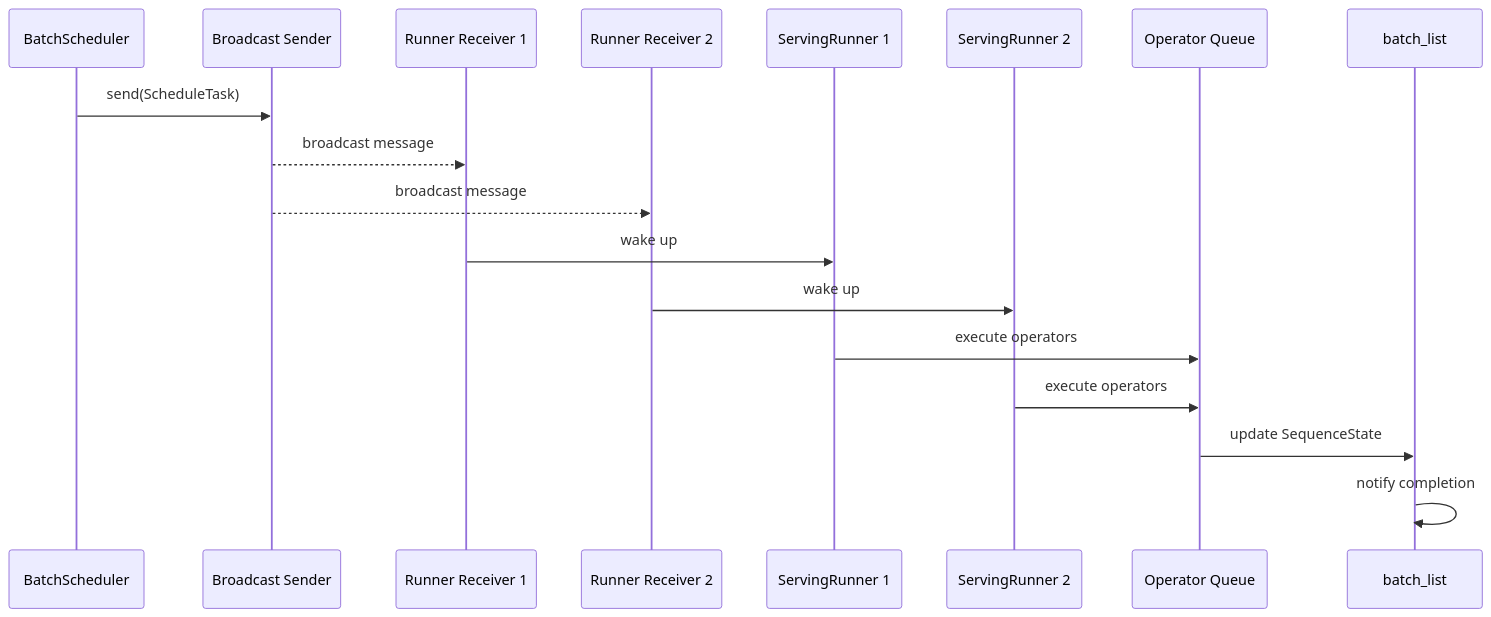
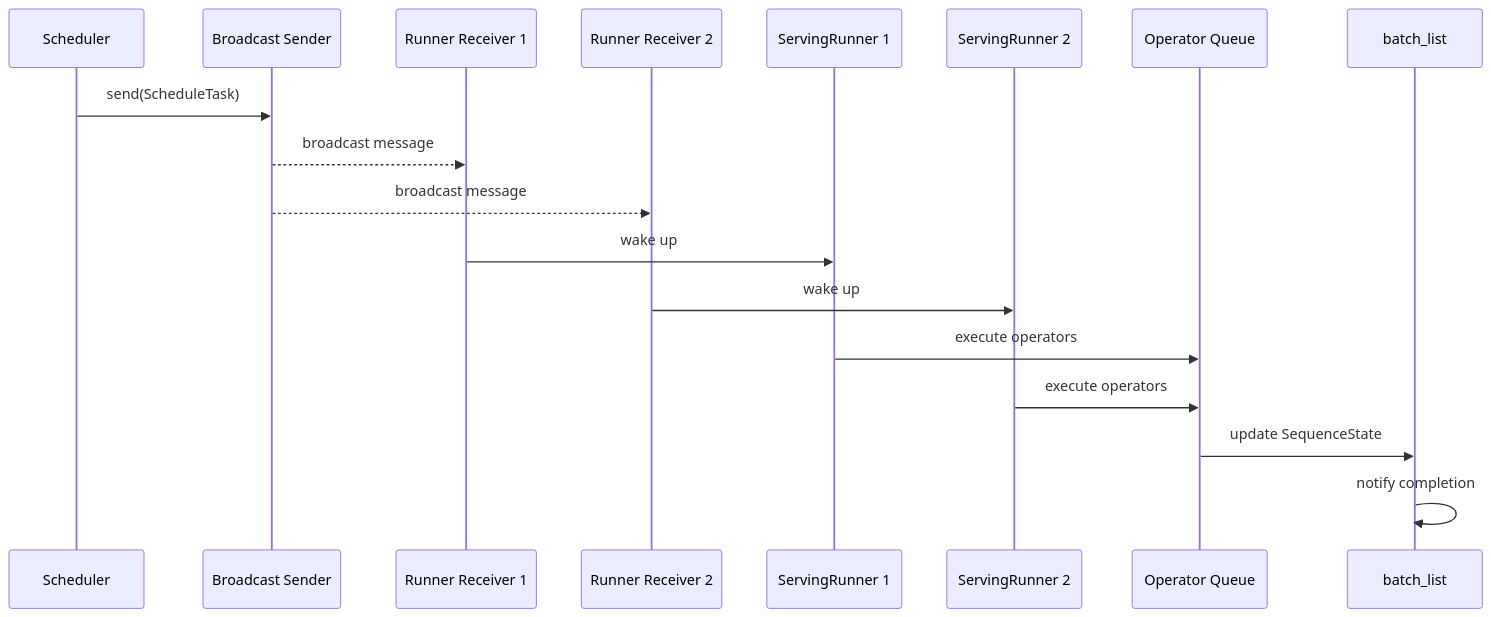
The seventh of 8 diagrams in docs/design/runtime/schedule.md (lucienhuangfu/eLLM), drawn with Mermaid before and after one commit. The commit also changed other lines of this file and 8 other files, not shown here.

````diff
--- a/docs/design/runtime/schedule.md
+++ b/docs/design/runtime/schedule.md
@@ -406,24 +454,24 @@
 ```mermaid
 sequenceDiagram
-    participant Scheduler as BatchScheduler
+    participant Scheduler as Scheduler
     participant Sender as Broadcast Sender
     participant R1 as Runner Receiver 1
     participant R2 as Runner Receiver 2
     participant Runner1 as ServingRunner 1
     participant Runner2 as ServingRunner 2
     participant OpQueue as Operator Queue
     participant BatchList as batch_list
 
     Scheduler->>Sender: send(ScheduleTask)
     Sender-->>R1: broadcast message
     Sender-->>R2: broadcast message
 
     R1->>Runner1: wake up
     R2->>Runner2: wake up
 
     Runner1->>OpQueue: execute operators
     Runner2->>OpQueue: execute operators
 
     OpQueue->>BatchList: update SequenceState
     BatchList->>BatchList: notify completion
 ```
````
